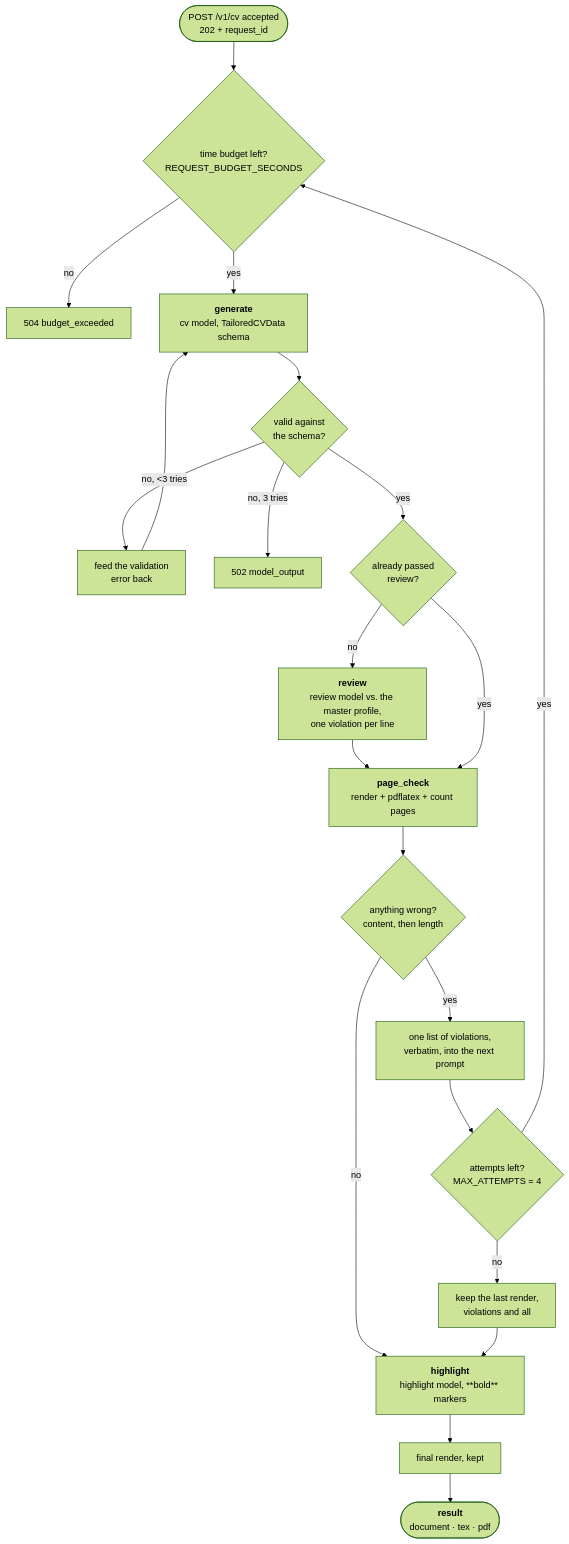
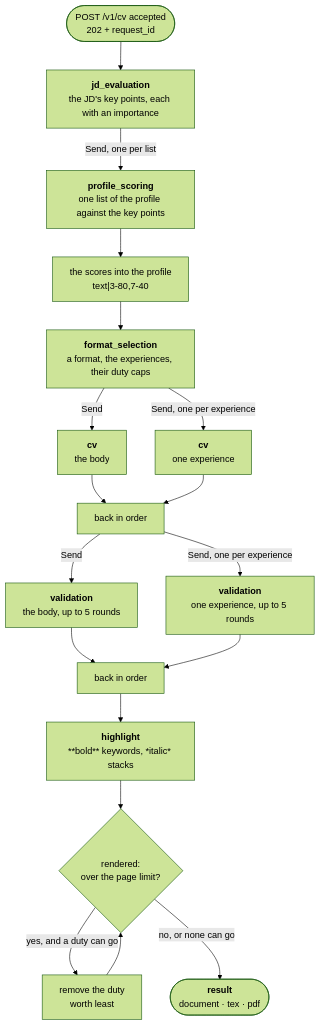
One commit to gcontini/ats-strike changed the diagram in doc/cv-pipeline.md. Above: the diagram before and after it, drawn with Mermaid (forest theme). The commit also changed other lines of this file and 98 other files, not shown here.

````diff
--- a/doc/cv-pipeline.md
+++ b/doc/cv-pipeline.md
@@ -14,24 +13,19 @@
 ```mermaid
 flowchart TD
-    START(["POST /v1/cv accepted<br/>202 + request_id"]) --> DL{"time budget left?<br/>REQUEST_BUDGET_SECONDS"}
-    DL -->|"no"| BUDGET["504 budget_exceeded"]
-    DL -->|"yes"| GEN["<b>generate</b><br/>cv model, TailoredCVData schema"]
-
-    GEN --> VAL{"valid against<br/>the schema?"}
-    VAL -->|"no, &lt;3 tries"| FEED["feed the validation<br/>error back"] --> GEN
-    VAL -->|"no, 3 tries"| FAIL502["502 model_output"]
-    VAL -->|"yes"| REVIEWED{"already passed<br/>review?"}
-
-    REVIEWED -->|"no"| REV["<b>review</b><br/>review model vs. the master profile,<br/>one violation per line"]
-    REV --> RENDER
-    REVIEWED -->|"yes"| RENDER["<b>page_check</b><br/>render + pdflatex + count pages"]
-
-    RENDER --> VERDICT{"anything wrong?<br/>content, then length"}
-    VERDICT -->|"yes"| VIO["one list of violations,<br/>verbatim, into the next prompt"] --> NEXT{"attempts left?<br/>MAX_ATTEMPTS = 4"}
-    NEXT -->|"yes"| DL
-    NEXT -->|"no"| LAST["keep the last render,<br/>violations and all"]
-    VERDICT -->|"no"| HL
-    LAST --> HL["<b>highlight</b><br/>highlight model, **bold** markers"]
-
-    HL --> FINAL["final render, kept"] --> FIN(["<b>result</b><br/>document · tex · pdf"])
+    START(["POST /v1/cv accepted<br/>202 + request_id"]) --> JD["<b>jd_evaluation</b><br/>the JD's key points, each with an importance"]
+    JD -->|"Send, one per list"| SC["<b>profile_scoring</b><br/>one list of the profile against the key points"]
+    SC --> MS["the scores into the profile<br/>text|3-80,7-40"]
+    MS --> FS["<b>format_selection</b><br/>a format, the experiences, their duty caps"]
+    FS -->|"Send"| WB["<b>cv</b><br/>the body"]
+    FS -->|"Send, one per experience"| WD["<b>cv</b><br/>one experience"]
+    WB --> CC["back in order"]
+    WD --> CC
+    CC -->|"Send"| VB["<b>validation</b><br/>the body, up to 5 rounds"]
+    CC -->|"Send, one per experience"| VD["<b>validation</b><br/>one experience, up to 5 rounds"]
+    VB --> CK["back in order"]
+    VD --> CK
+    CK --> HL["<b>highlight</b><br/>**bold** keywords, *italic* stacks"]
+    HL --> R{"rendered:<br/>over the page limit?"}
+    R -->|"yes, and a duty can go"| TRIM["remove the duty<br/>worth least"] --> R
+    R -->|"no, or none can go"| FIN(["<b>result</b><br/>document · tex · pdf"])
 ```
````
